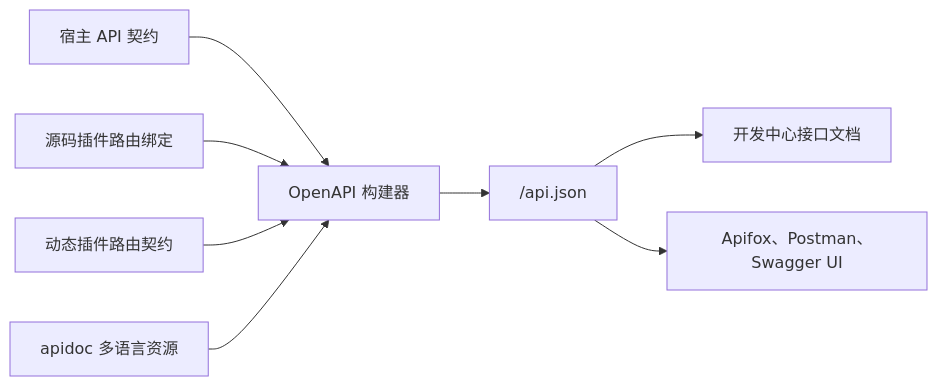
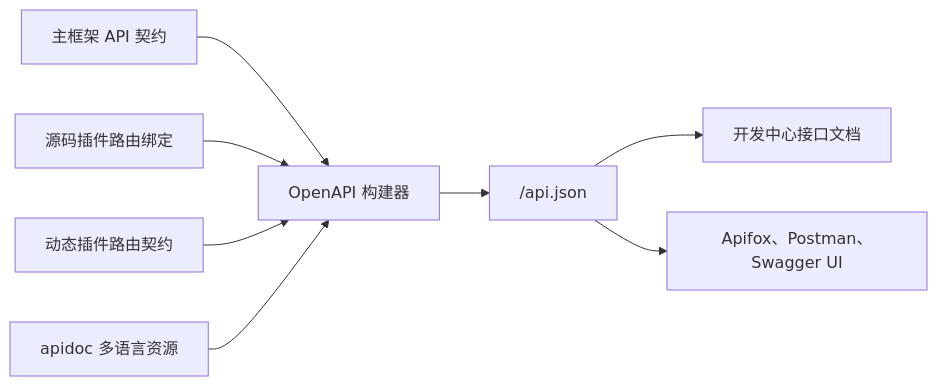
The diagram in apps/lina-site/docs/docs/2000-components/11000-api-reference.md (linaproai/linapro-site), drawn with Mermaid before and after one commit. The commit also changed other lines of this file and 93 other files, not shown here.

````diff
--- a/apps/lina-site/docs/docs/2000-components/11000-api-reference.md
+++ b/apps/lina-site/docs/docs/2000-components/11000-api-reference.md
@@ -50,10 +50,10 @@
 ```mermaid
 flowchart LR
-    Host["宿主 API 契约"] --> Builder["OpenAPI 构建器"]
+    Host["主框架 API 契约"] --> Builder["OpenAPI 构建器"]
     Source["源码插件路由绑定"] --> Builder
     Wasm["动态插件路由契约"] --> Builder
     I18N["apidoc 多语言资源"] --> Builder
     Builder --> JSON["/api.json"]
     JSON --> Workbench["开发中心接口文档"]
     JSON --> Tools["Apifox、Postman、Swagger UI"]
 ```
````
